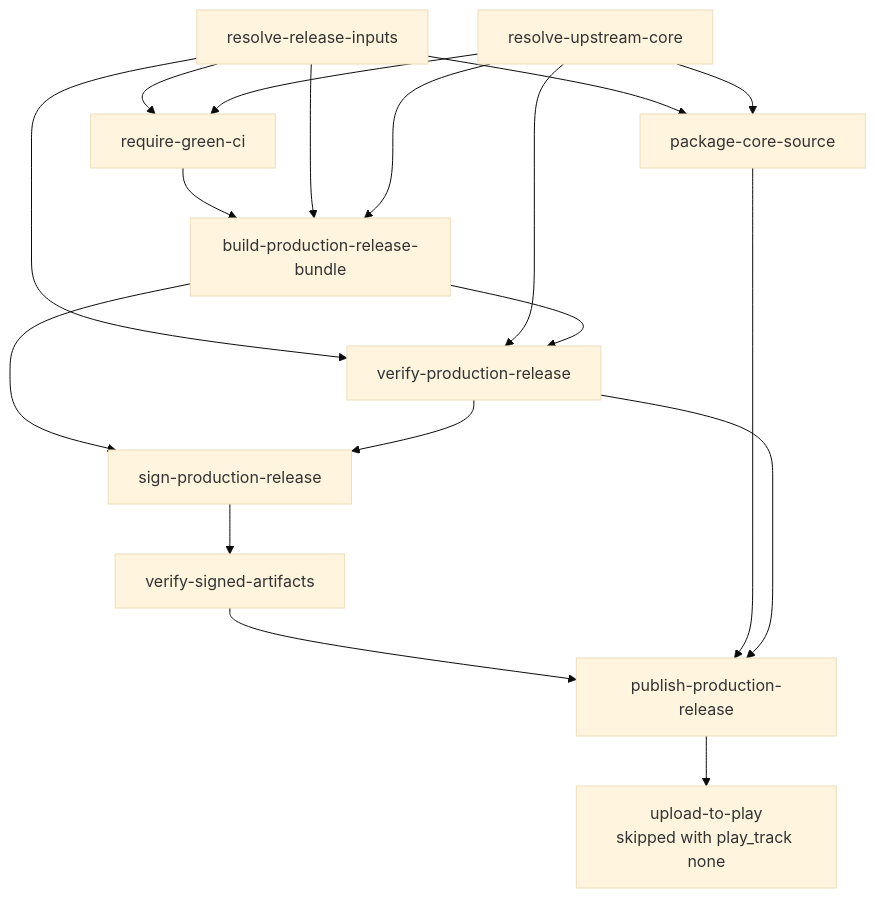
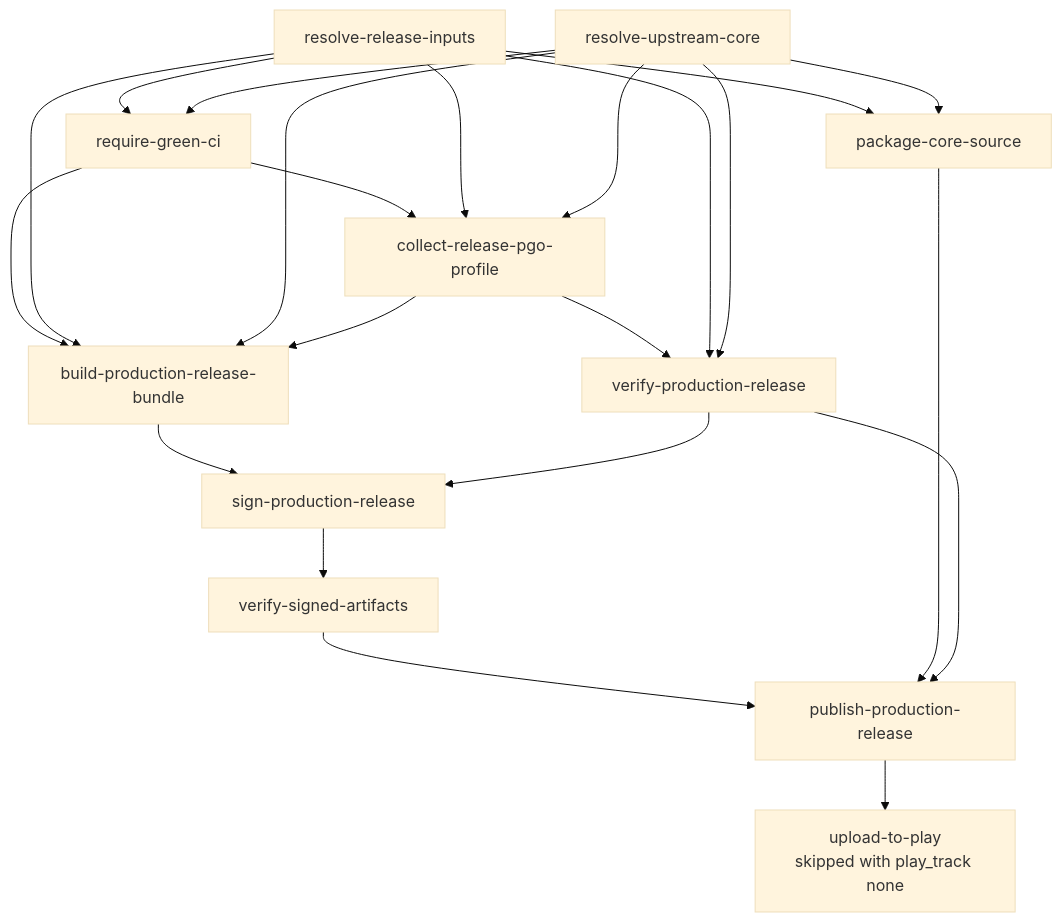
One commit to ppigazzini/r47zen changed the diagram in android/docs/dev/12-cutting-a-release.md. Above: the diagram before and after it, drawn with Mermaid (base theme). The commit also changed other lines of this file and 8 other files, not shown here.

````diff
--- a/android/docs/dev/12-cutting-a-release.md
+++ b/android/docs/dev/12-cutting-a-release.md
@@ -92,29 +92,34 @@
 ```mermaid
 flowchart TD
   A[resolve-release-inputs]
   B[resolve-upstream-core]
   R[require-green-ci]
+  P[collect-release-pgo-profile]
   C[build-production-release-bundle]
   D[verify-production-release]
   E[sign-production-release]
   F[verify-signed-artifacts]
   G[publish-production-release]
   H[upload-to-play<br/>skipped with play_track none]
   S[package-core-source]
 
   A --> R
   B --> R
+  R --> P
+  A --> P
+  B --> P
   R --> C
   A --> C
   B --> C
+  P --> C
+  P --> D
   A --> D
   B --> D
-  C --> D
   C --> E --> F --> G
   D --> E
   A --> S
   B --> S
   S --> G
   D --> G
   G --> H
 ```
````
